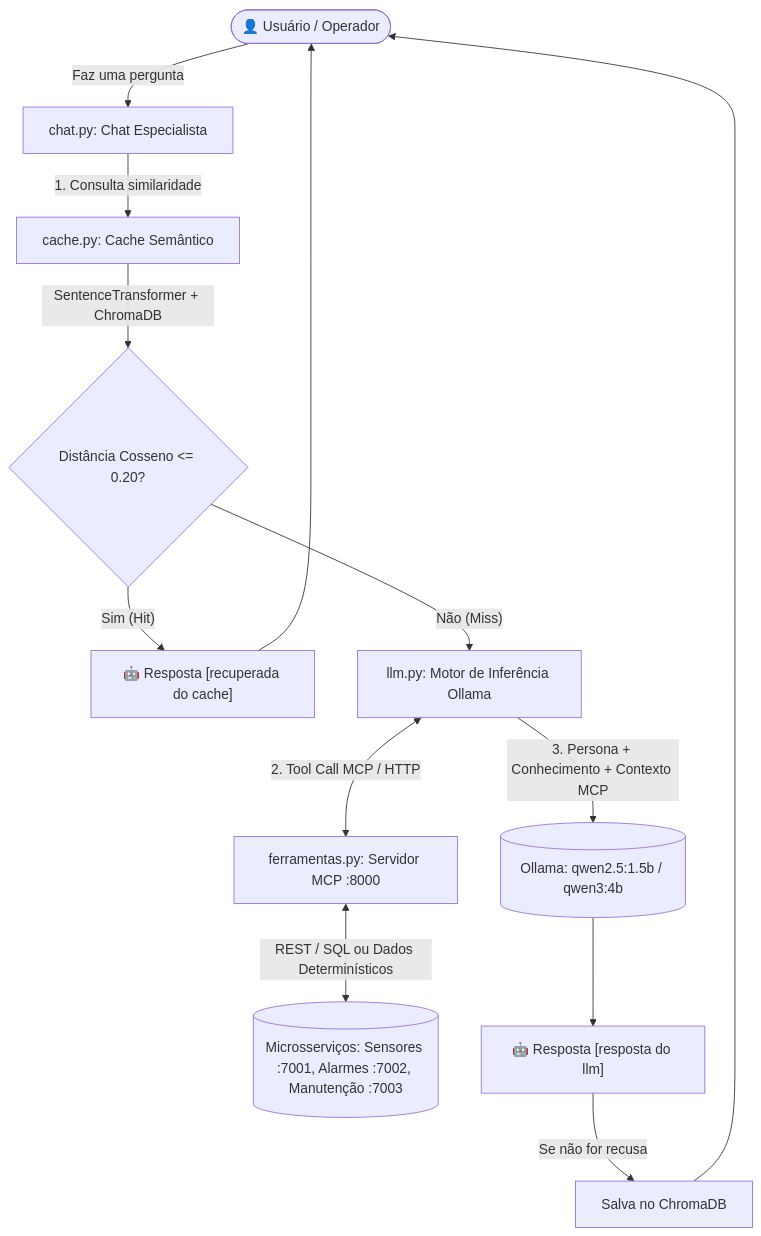
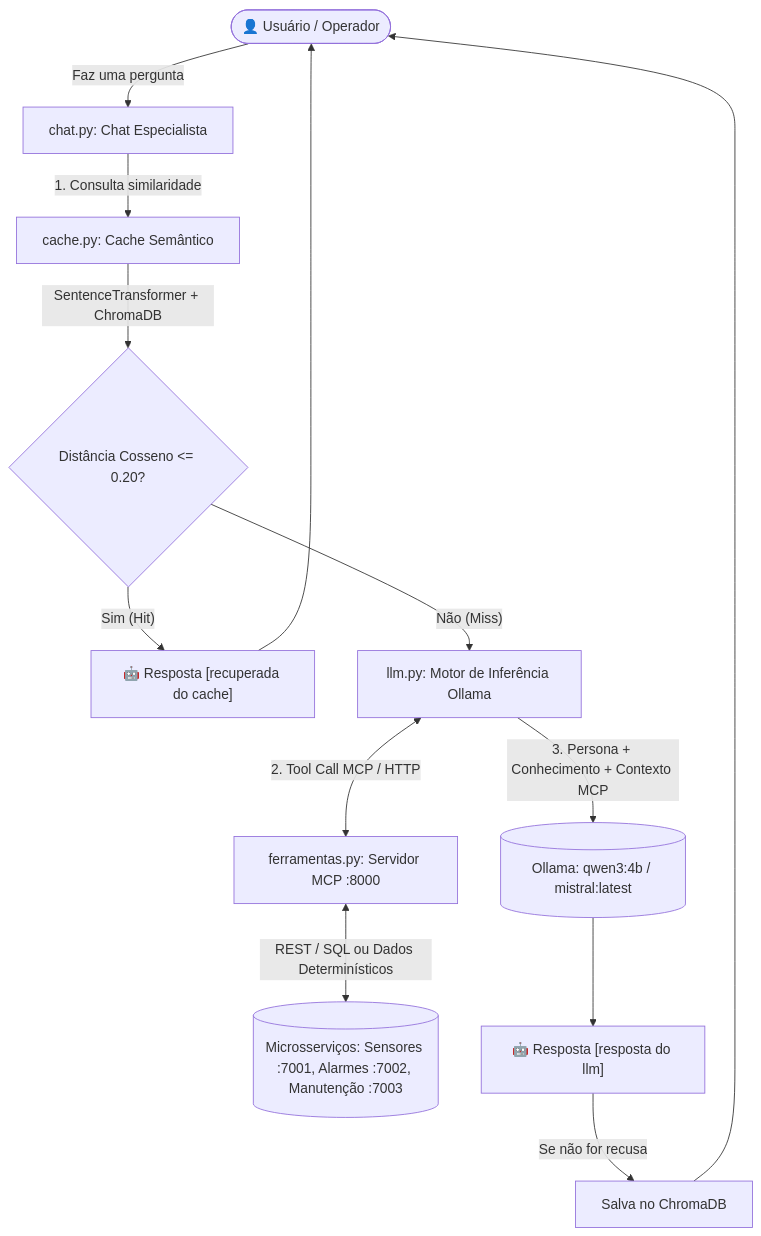
One commit to sidgubert/supervisorio-especialista changed the diagram in SDD-PlantaIndustrial.md. Above: the diagram before and after it, drawn with Mermaid. The commit also changed other lines of this file and 1 other file, not shown here.

````diff
--- a/SDD-PlantaIndustrial.md
+++ b/SDD-PlantaIndustrial.md
@@ -88,15 +88,15 @@
 ```mermaid
 flowchart TD
     Usuario([👤 Usuário / Operador]) -->|Faz uma pergunta| Chat[chat.py: Chat Especialista]
     Chat -->|1. Consulta similaridade| Cache[cache.py: Cache Semântico]
     Cache -->|SentenceTransformer + ChromaDB| CosineCheck{Distância Cosseno <= 0.20?}
     CosineCheck -- Sim (Hit) --> RespostaCache["🤖 Resposta [recuperada do cache]"]
     RespostaCache --> Usuario
     CosineCheck -- Não (Miss) --> LLMCall[llm.py: Motor de Inferência Ollama]
     LLMCall <-->|2. Tool Call MCP / HTTP| MCPServer[ferramentas.py: Servidor MCP :8000]
     MCPServer <-->|REST / SQL ou Dados Determinísticos| Servicos[(Microsserviços: Sensores :7001, Alarmes :7002, Manutenção :7003)]
-    LLMCall -->|3. Persona + Conhecimento + Contexto MCP| OllamaLocal[(Ollama: qwen2.5:1.5b / qwen3:4b)]
+    LLMCall -->|3. Persona + Conhecimento + Contexto MCP| OllamaLocal[(Ollama: qwen3:4b / mistral:latest)]
     OllamaLocal --> RespostaLLM["🤖 Resposta [resposta do llm]"]
     RespostaLLM -->|Se não for recusa| GravarCache[Salva no ChromaDB]
     GravarCache --> Usuario
 ```
````
